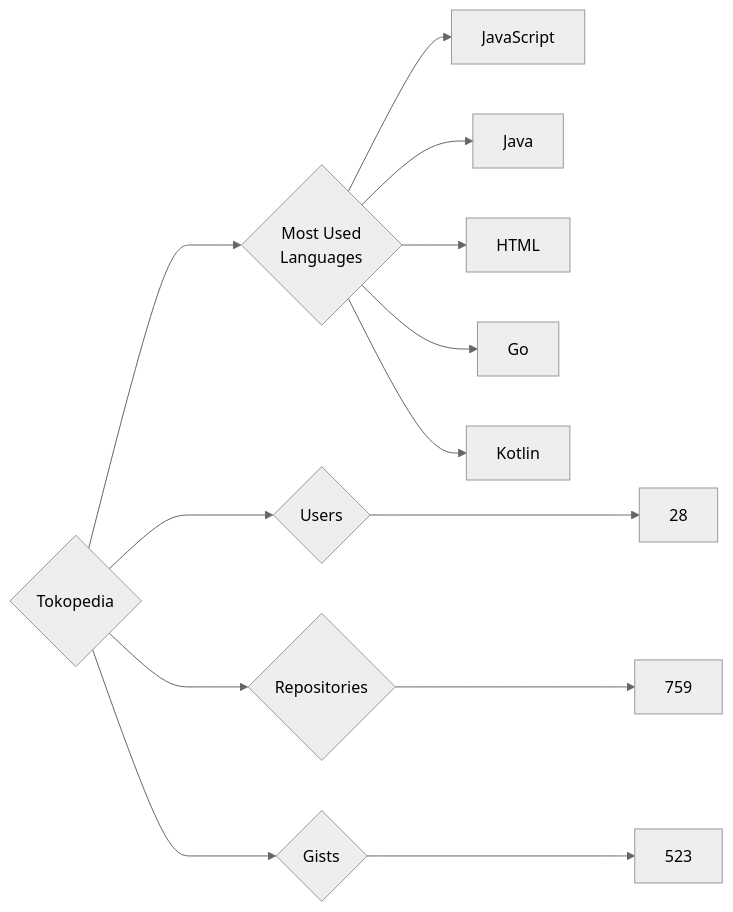
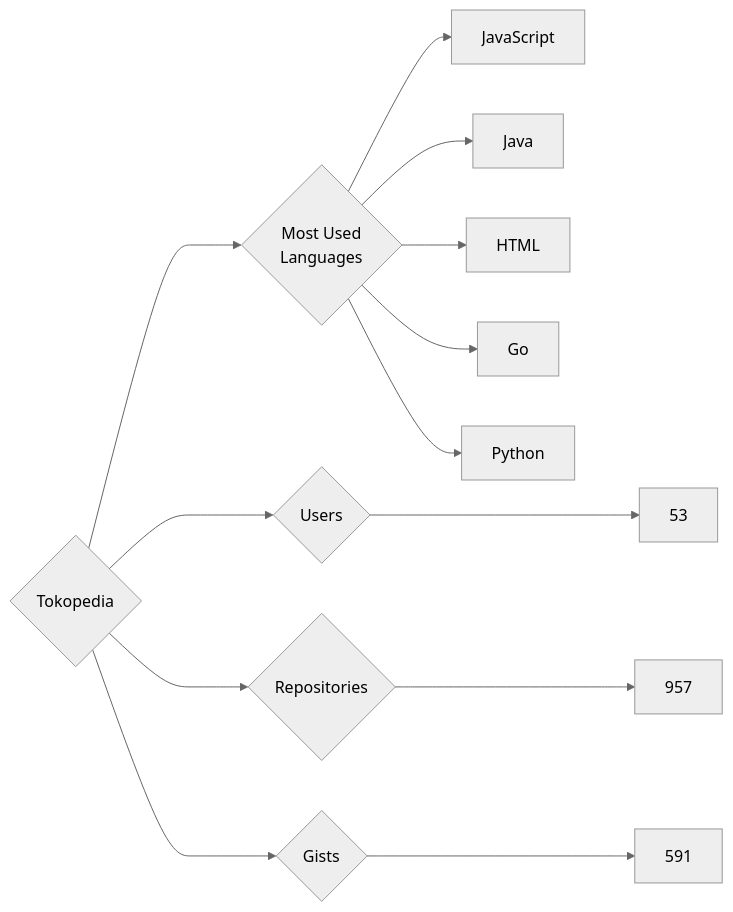
One commit to trickest/insiders changed the diagram in targets/Tokopedia/README.md. Above: the diagram before and after it, drawn with Mermaid (neutral theme). The commit also changed 973 other files, not shown here.

````diff
--- a/targets/Tokopedia/README.md
+++ b/targets/Tokopedia/README.md
@@ -3,13 +3,13 @@
 ```mermaid
 graph LR
 COMPANY_NAME{Tokopedia}
-COMPANY_NAME ---> U{Users} ---> UN[28]
-COMPANY_NAME ---> R{Repositories} ---> RN[759]
-COMPANY_NAME ---> G{Gists} ---> GN[523]
+COMPANY_NAME ---> U{Users} ---> UN[53]
+COMPANY_NAME ---> R{Repositories} ---> RN[957]
+COMPANY_NAME ---> G{Gists} ---> GN[591]
 COMPANY_NAME ---> ML{Most Used<br>Languages}
 ML --> JavaScript[JavaScript]
 ML --> Java[Java]
 ML --> HTML[HTML]
 ML --> Go[Go]
-ML --> Kotlin[Kotlin]
+ML --> Python[Python]
 ```
````
